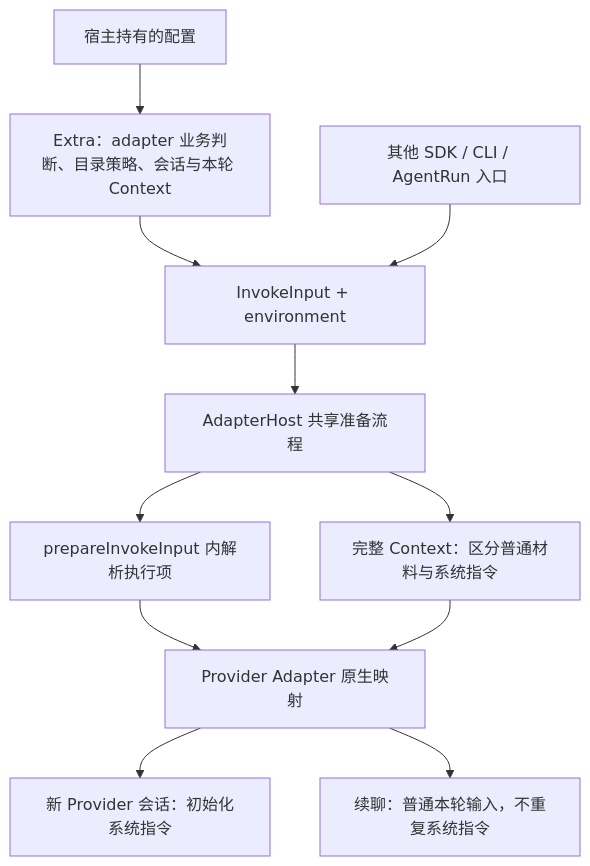
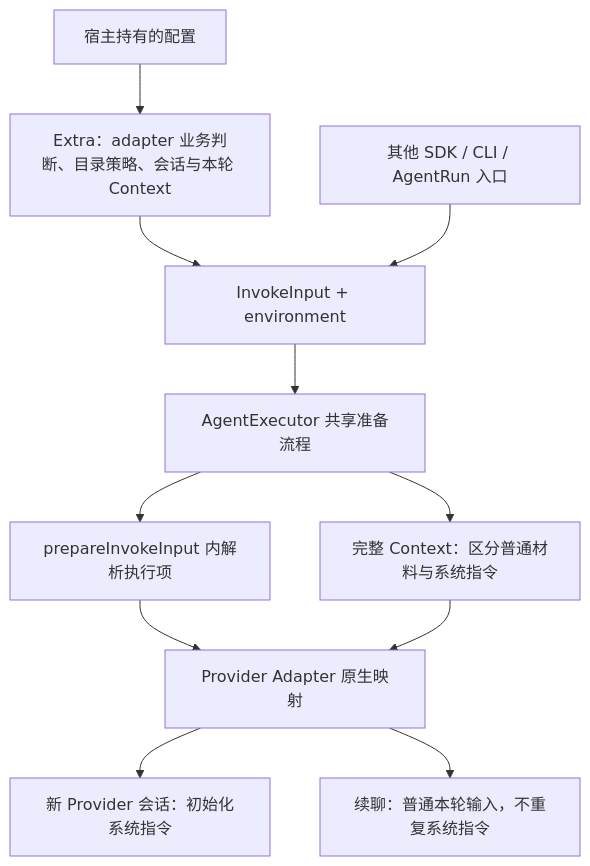
The diagram in .octospec/guides/im-agent-invocation-boundary.md (Mininglamp-OSS/octo-runtime), drawn with Mermaid before and after one commit. The commit also changed other lines of this file and 303 other files, not shown here.

````diff
--- a/.octospec/guides/im-agent-invocation-boundary.md
+++ b/.octospec/guides/im-agent-invocation-boundary.md
@@ -40,13 +40,13 @@
 ```mermaid
 flowchart TD
     CONFIG[宿主持有的配置] --> EXTRA[Extra：adapter 业务判断、目录策略、会话与本轮 Context]
     EXTRA --> INPUT[InvokeInput + environment]
     OTHER[其他 SDK / CLI / AgentRun 入口] --> INPUT
-    INPUT --> HOST[AdapterHost 共享准备流程]
+    INPUT --> HOST[AgentExecutor 共享准备流程]
     HOST --> RESOLVE[prepareInvokeInput 内解析执行项]
     HOST --> RENDER[完整 Context：区分普通材料与系统指令]
     RESOLVE --> ADAPTER[Provider Adapter 原生映射]
     RENDER --> ADAPTER
     ADAPTER --> FRESH[新 Provider 会话：初始化系统指令]
     ADAPTER --> CONTINUE[续聊：普通本轮输入，不重复系统指令]
 ```
````
